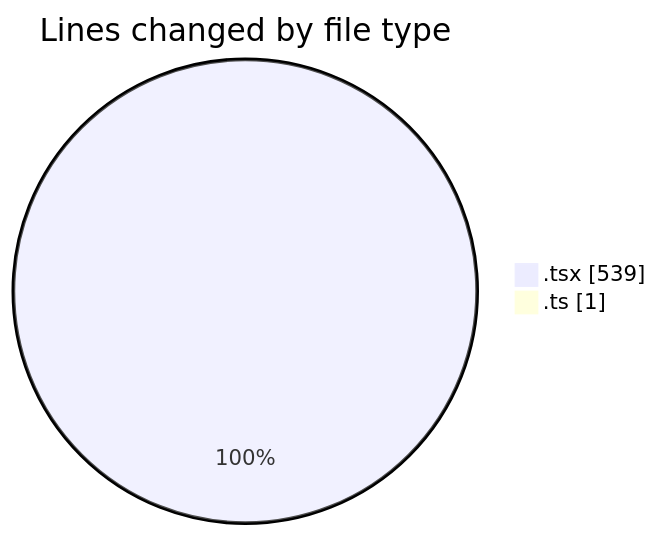
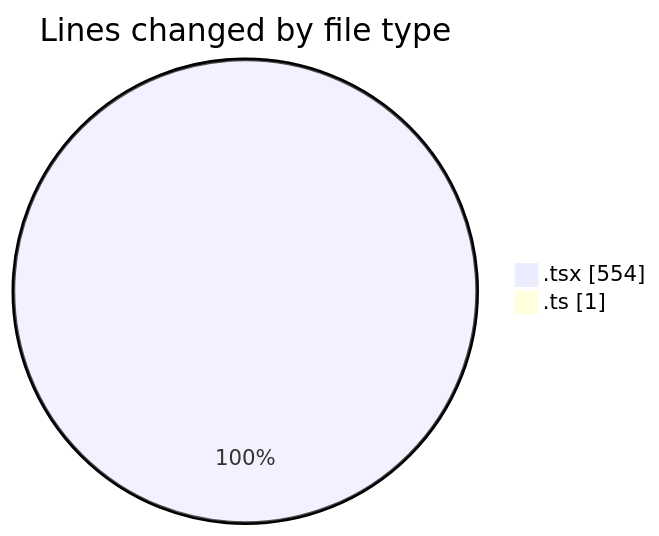
Before and after one commit to robertbonfada/code-tracking: the first of 2 diagrams in 2025-03-08/mbc-web/README.md, drawn with Mermaid. The commit also changed other lines of this file and 1 other file, not shown here.

````diff
--- a/2025-03-08/mbc-web/README.md
+++ b/2025-03-08/mbc-web/README.md
@@ -24,6 +24,6 @@
 ```mermaid
 pie showData
 title Lines changed by file type
-".tsx" : 539
+".tsx" : 554
 ".ts" : 1
 ```
````
